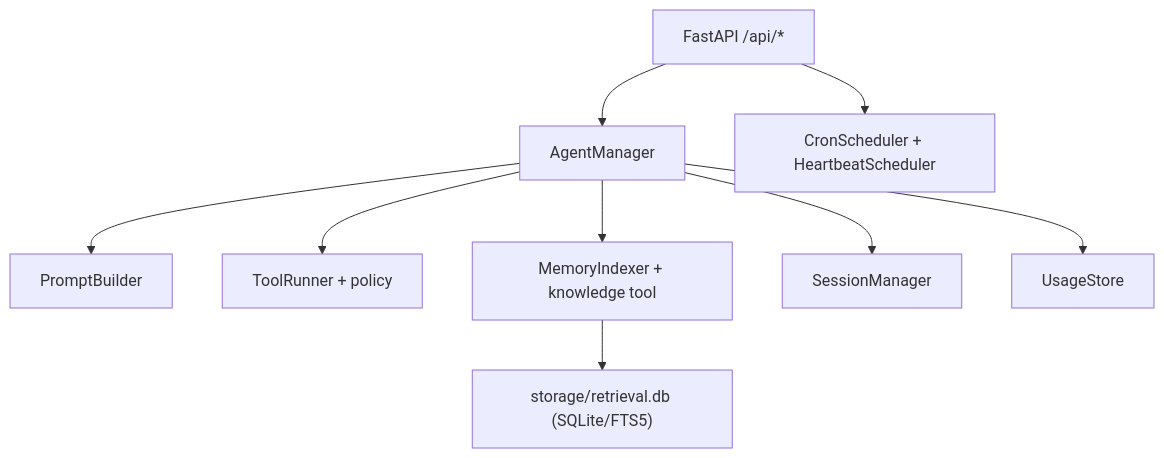
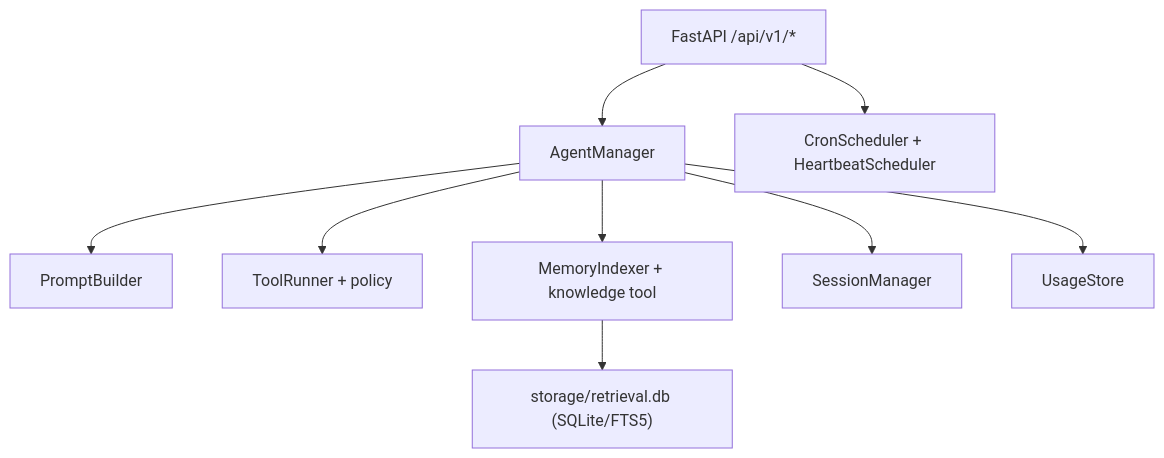
The diagram in backend/README.md (kaiqiangh/mini-openclaw-langchain), drawn with Mermaid before and after one commit. The commit also changed other lines of this file and 5 other files, not shown here.

````diff
--- a/backend/README.md
+++ b/backend/README.md
@@ -16,11 +16,11 @@
 ```mermaid
 flowchart TB
-  API["FastAPI /api/*"] --> AM["AgentManager"]
+  API["FastAPI /api/v1/*"] --> AM["AgentManager"]
   AM --> PROMPT["PromptBuilder"]
   AM --> TOOLS["ToolRunner + policy"]
   AM --> RETR["MemoryIndexer + knowledge tool"]
   RETR --> DB["storage/retrieval.db (SQLite/FTS5)"]
   AM --> SESS["SessionManager"]
   AM --> USAGE["UsageStore"]
   API --> SCH["CronScheduler + HeartbeatScheduler"]
 ```
````
